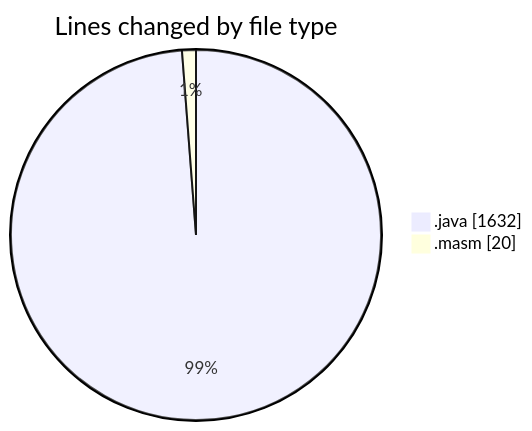
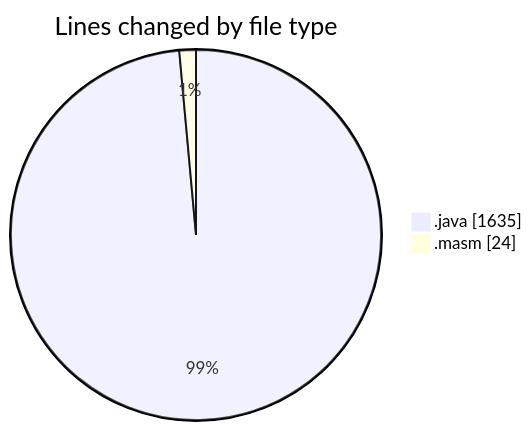
The first of 2 diagrams in 2025-02-19/masm/README.md (charlie-sans/code-tracking), drawn with Mermaid before and after one commit. The commit also changed other lines of this file and 1 other file, not shown here.

````diff
--- a/2025-02-19/masm/README.md
+++ b/2025-02-19/masm/README.md
@@ -23,6 +23,6 @@
 ```mermaid
 pie showData
 title Lines changed by file type
-".java" : 1632
-".masm" : 20
+".java" : 1635
+".masm" : 24
 ```
````
